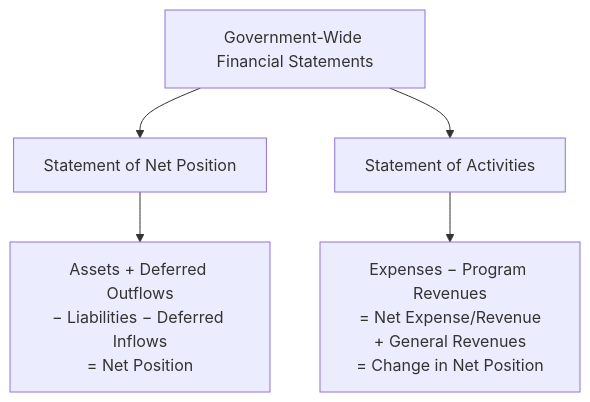
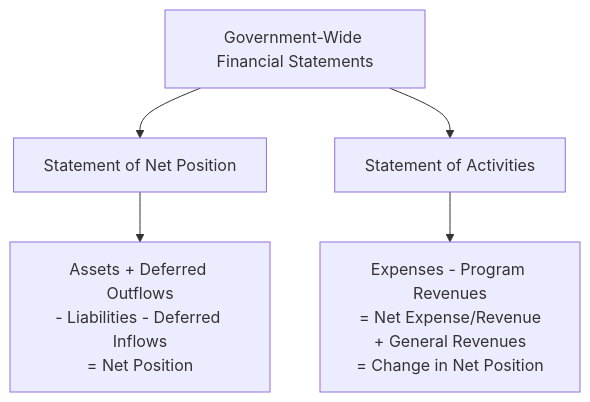
One commit to subwaymatch/cpabear-book changed the first of 2 diagrams in docs/bar/governmental-financial-statements/government-wide-financial-statements.md. Above: the diagram before and after it, drawn with Mermaid. The commit also changed other lines of this file and 222 other files, not shown here.

````diff
--- a/docs/bar/governmental-financial-statements/government-wide-financial-statements.md
+++ b/docs/bar/governmental-financial-statements/government-wide-financial-statements.md
@@ -36,7 +36,7 @@
 ```mermaid
 flowchart TD
     A[Government-Wide Financial Statements] --> B[Statement of Net Position]
     A --> C[Statement of Activities]
-    B --> D[Assets + Deferred Outflows<br>− Liabilities − Deferred Inflows<br>= Net Position]
-    C --> E[Expenses − Program Revenues<br>= Net Expense/Revenue<br>+ General Revenues<br>= Change in Net Position]
+    B --> D["Assets + Deferred Outflows<br>- Liabilities - Deferred Inflows<br>= Net Position"]
+    C --> E["Expenses - Program Revenues<br>= Net Expense/Revenue<br>+ General Revenues<br>= Change in Net Position"]
 ```
````
